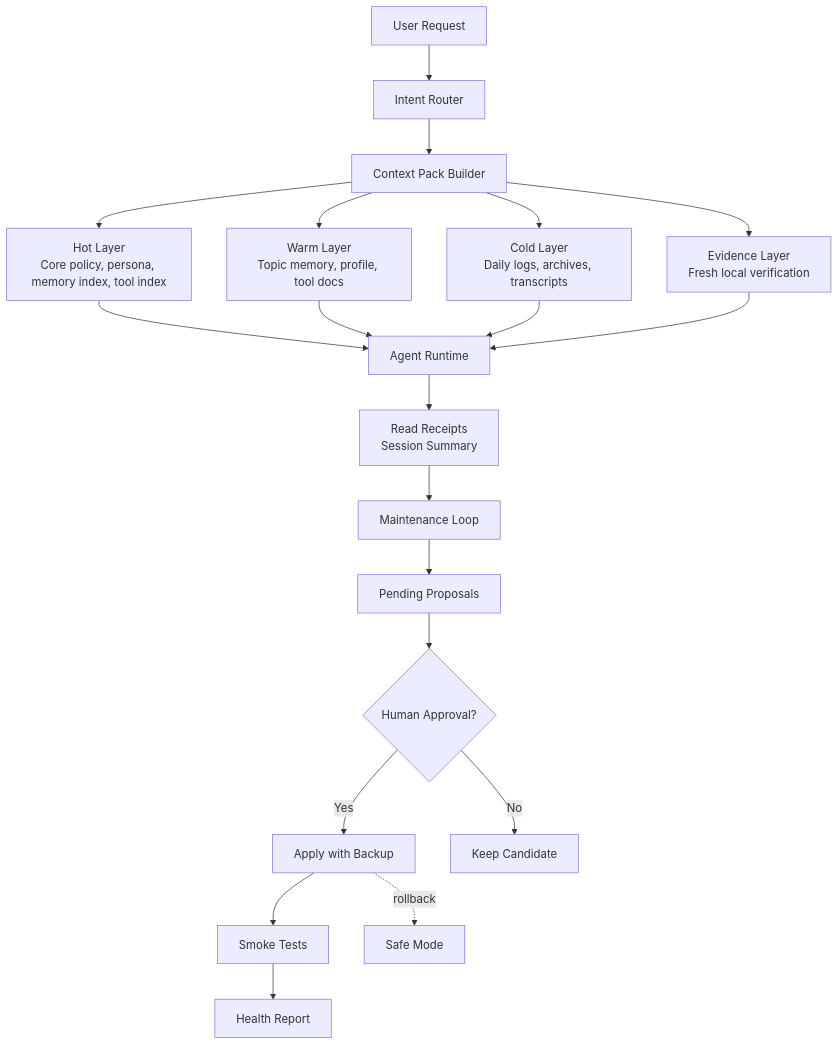
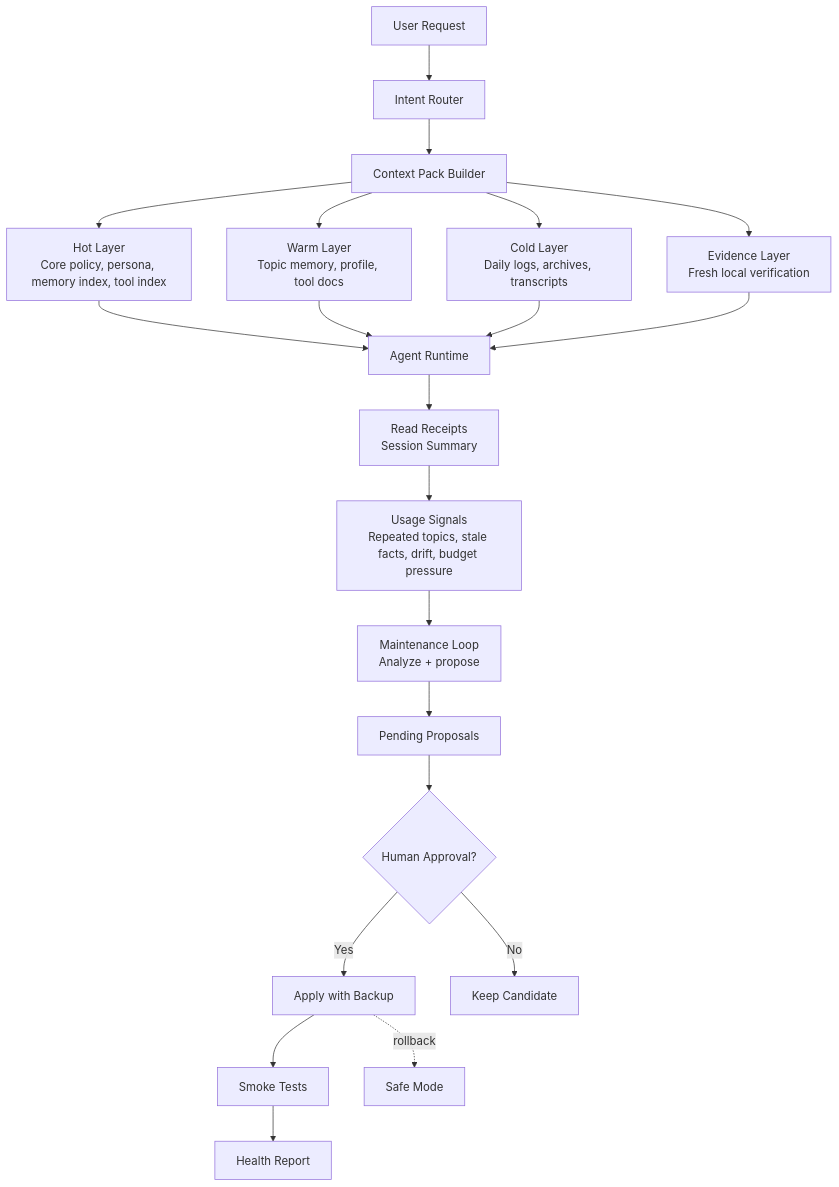
One commit to tianxiaochannel-oss88/agent-context-memory-framework changed the diagram in README.md. Above: the diagram before and after it, drawn with Mermaid. The commit also changed other lines of this file, not shown here.

````diff
--- a/README.md
+++ b/README.md
@@ -22,26 +38,27 @@
 ```mermaid
 flowchart TD
     A["User Request"] --> B["Intent Router"]
     B --> C["Context Pack Builder"]
 
     C --> D["Hot Layer<br/>Core policy, persona, memory index, tool index"]
     C --> E["Warm Layer<br/>Topic memory, profile, tool docs"]
     C --> F["Cold Layer<br/>Daily logs, archives, transcripts"]
     C --> G["Evidence Layer<br/>Fresh local verification"]
 
     D --> H["Agent Runtime"]
     E --> H
     F --> H
     G --> H
 
     H --> I["Read Receipts<br/>Session Summary"]
-    I --> J["Maintenance Loop"]
-    J --> K["Pending Proposals"]
-    K --> L{"Human Approval?"}
+    I --> J["Usage Signals<br/>Repeated topics, stale facts, drift, budget pressure"]
+    J --> K["Maintenance Loop<br/>Analyze + propose"]
+    K --> L["Pending Proposals"]
+    L --> R{"Human Approval?"}
 
-    L -->|Yes| M["Apply with Backup"]
-    L -->|No| N["Keep Candidate"]
+    R -->|Yes| M["Apply with Backup"]
+    R -->|No| N["Keep Candidate"]
     M --> O["Smoke Tests"]
     O --> P["Health Report"]
     M -. rollback .-> Q["Safe Mode"]
 ```
````
